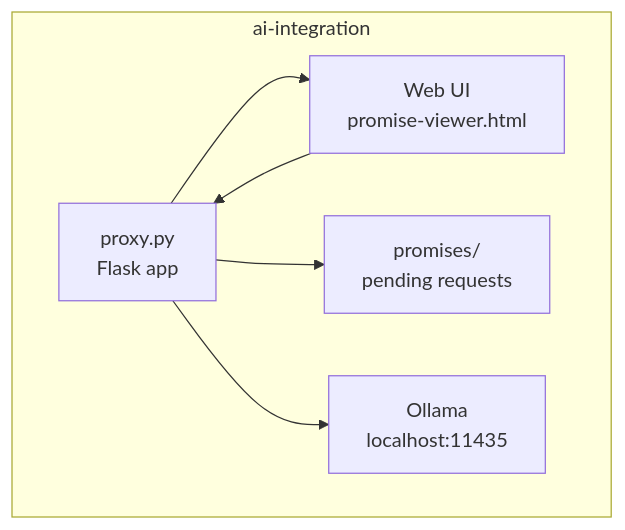
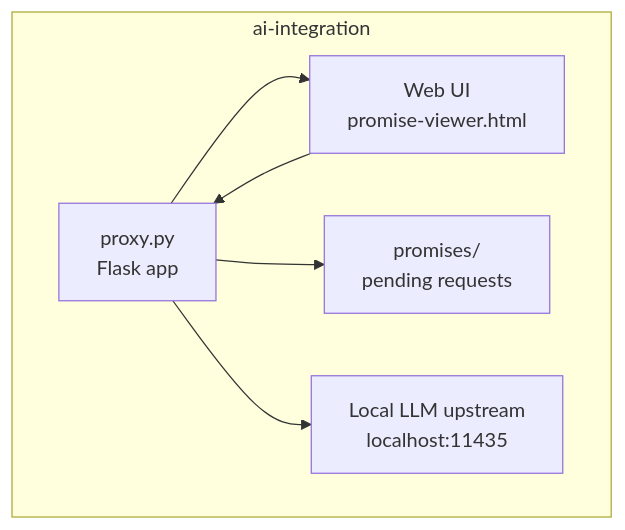
Before and after one commit to donkeyhotshow/a2a-script-agent-autonomy: the diagram in ai-integration/docs/promise-viewer-plan.md, drawn with Mermaid. The commit also changed other lines of this file and 275 other files, not shown here.

First line of the commit message:
Refactor: migrate from Ollama to local LLM provider

````diff
--- a/ai-integration/docs/promise-viewer-plan.md
+++ b/ai-integration/docs/promise-viewer-plan.md
@@ -10,9 +10,9 @@
 ```mermaid
 graph TB
     subgraph "ai-integration"
         A[proxy.py<br/>Flask app] --> B[Web UI<br/>promise-viewer.html]
         B --> A
         A --> C[promises/<br/>pending requests]
-        A --> D[Ollama<br/>localhost:11435]
+        A --> D[Local LLM upstream<br/>localhost:11435]
     end
 ```
````
